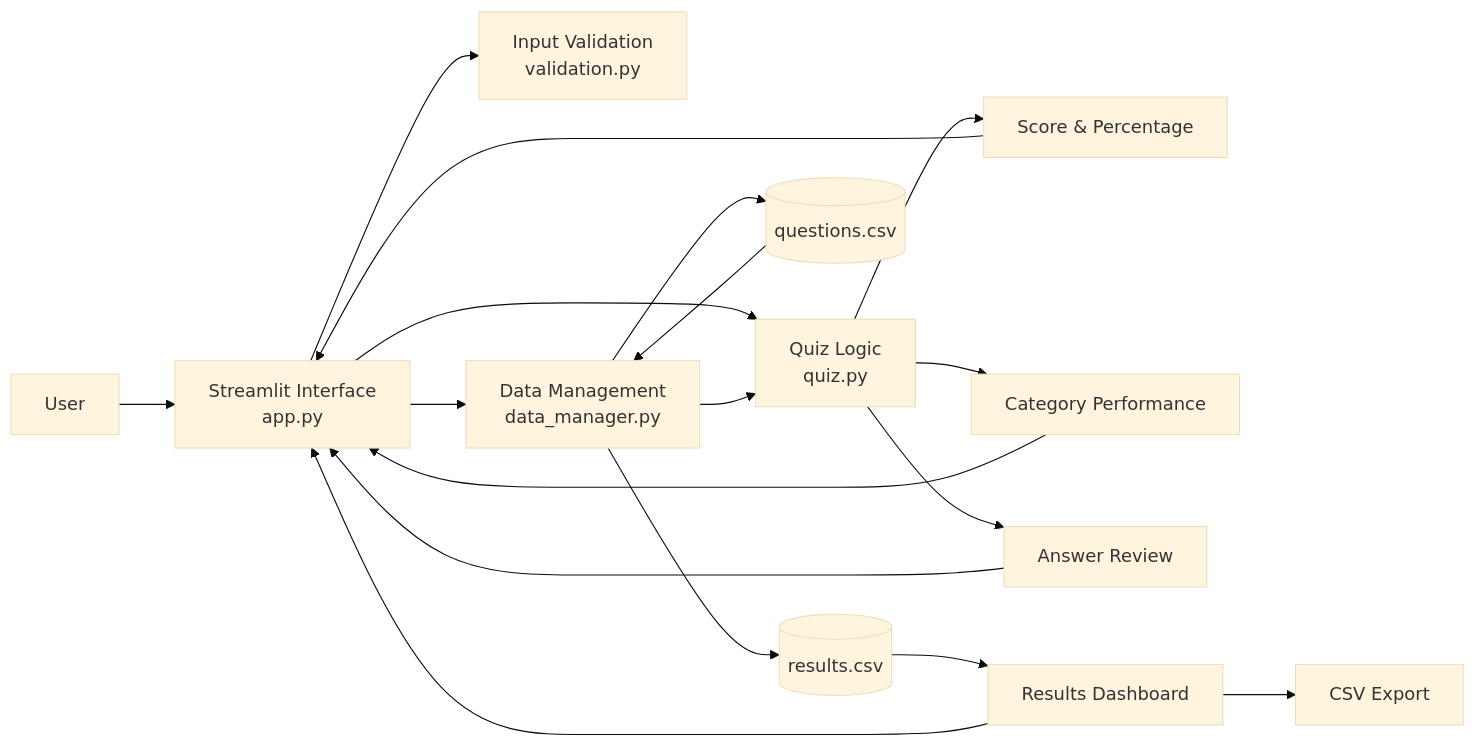
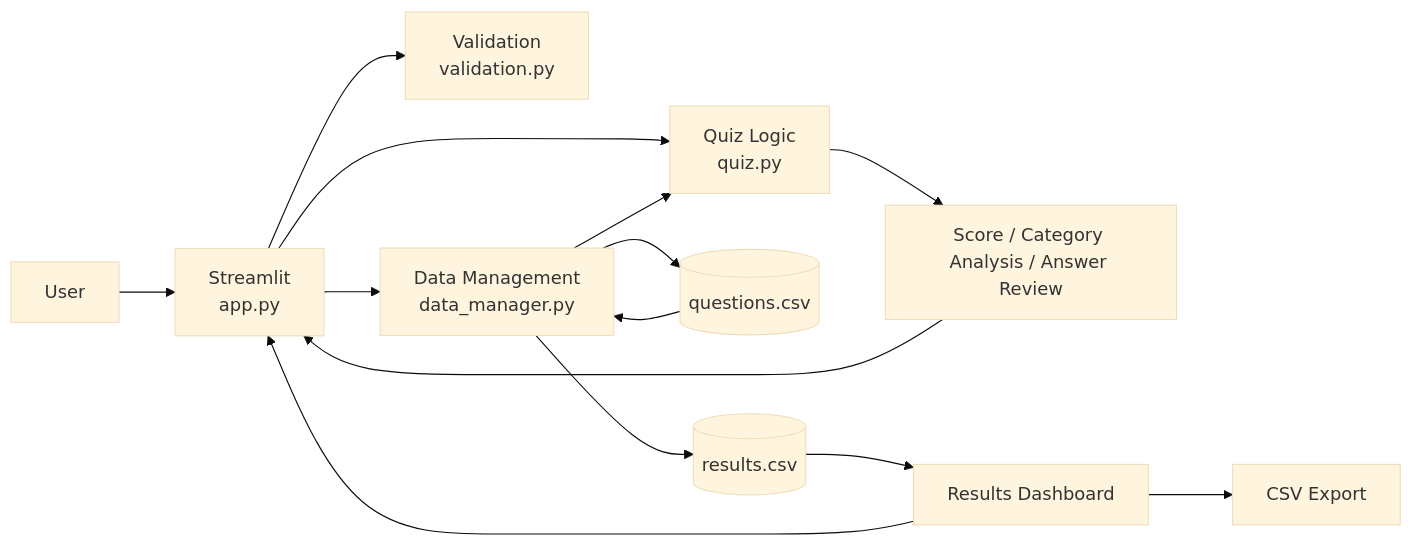
The third of 3 diagrams in README.md (dt-nul/uk-generations-quiz), drawn with Mermaid (base theme) before and after one commit. The commit also changed other lines of this file, not shown here.

````diff
--- a/README.md
+++ b/README.md
@@ -133,26 +112,16 @@
 ```mermaid
 flowchart LR
-    A[User] --> B[Streamlit Interface<br/>app.py]
-
-    B --> C[Input Validation<br/>validation.py]
+    A[User] --> B[Streamlit<br/>app.py]
+    B --> C[Validation<br/>validation.py]
     B --> D[Quiz Logic<br/>quiz.py]
     B --> E[Data Management<br/>data_manager.py]
-
     E --> F[(questions.csv)]
     E --> G[(results.csv)]
-
     F --> E
     E --> D
-
-    D --> H[Score & Percentage]
-    D --> I[Category Performance]
-    D --> J[Answer Review]
-
+    D --> H[Score / Category Analysis / Answer Review]
     H --> B
+    G --> I[Results Dashboard]
     I --> B
-    J --> B
-
-    G --> K[Results Dashboard]
-    K --> B
-    K --> L[CSV Export]
+    I --> J[CSV Export]
 ```
````
